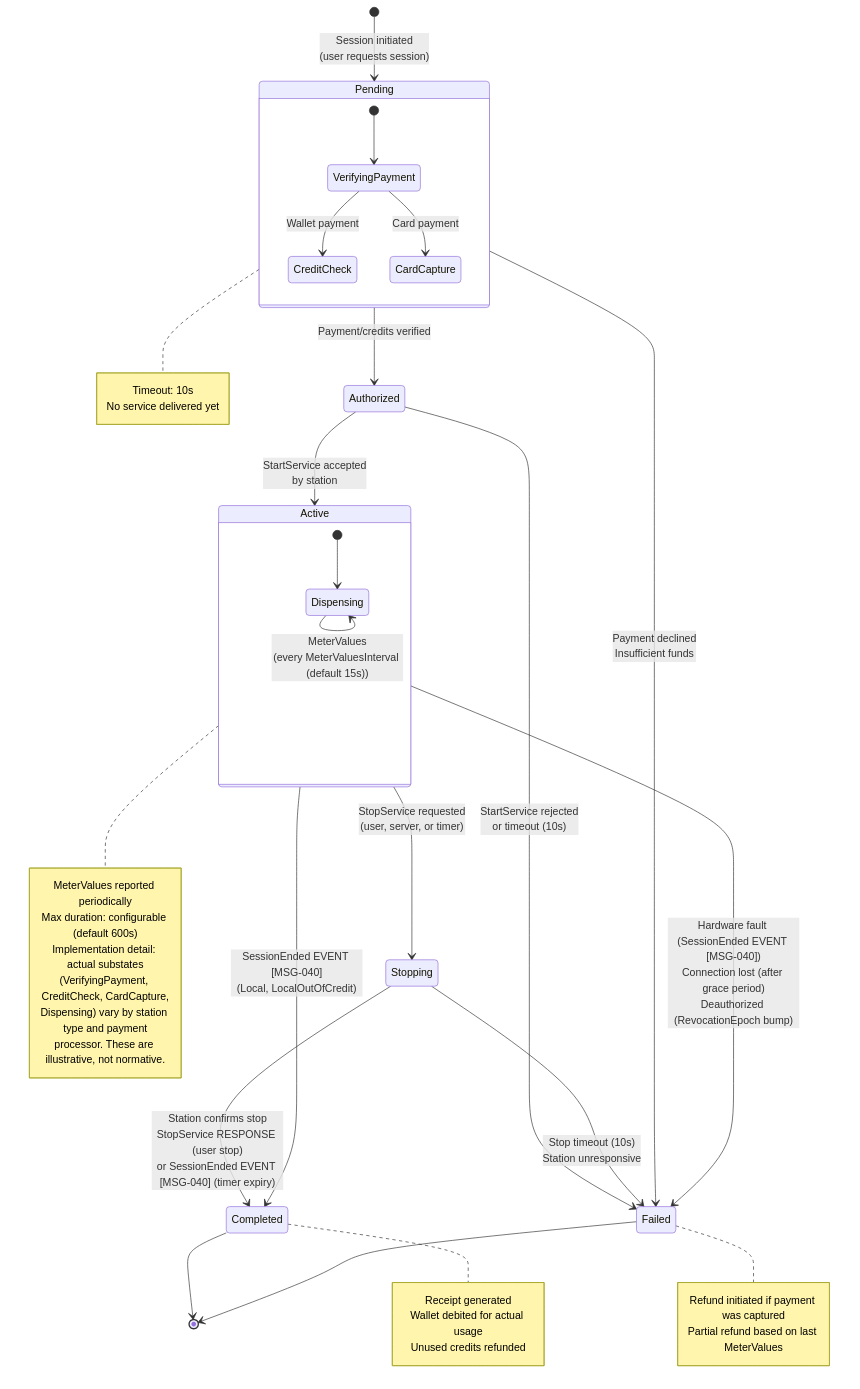
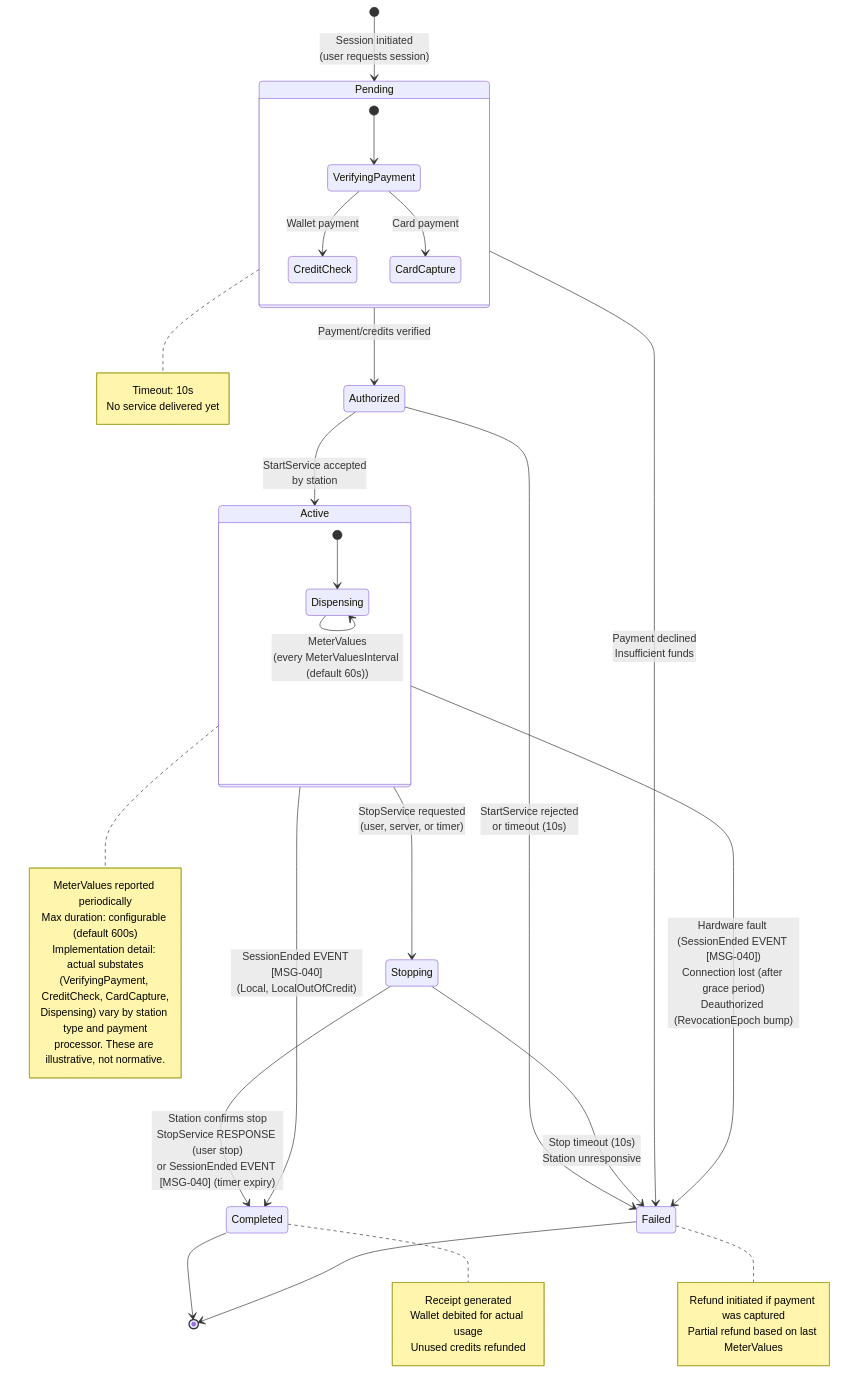
One commit to ospp-org/spec changed the diagram in diagrams/state-machine-session.mmd. Above: the diagram before and after it, drawn with Mermaid. The commit also changed 56 other files, not shown here.

```diff
--- a/diagrams/state-machine-session.mmd
+++ b/diagrams/state-machine-session.mmd
@@ -1,57 +1,57 @@
 %% OSPP Session Lifecycle State Machine
 %% Reference: spec/05-state-machines.md, Section 3
 
 stateDiagram-v2
     [*] --> Pending : Session initiated<br/>(user requests session)
 
     Pending --> Authorized : Payment/credits verified
     Pending --> Failed : Payment declined<br/>Insufficient funds
 
     Authorized --> Active : StartService accepted<br/>by station
     Authorized --> Failed : StartService rejected<br/>or timeout (10s)
 
     Active --> Stopping : StopService requested<br/>(user, server, or timer)
     Active --> Completed : SessionEnded EVENT [MSG-040]<br/>(Local, LocalOutOfCredit)
     Active --> Failed : Hardware fault (SessionEnded EVENT [MSG-040])<br/>Connection lost (after grace period)<br/>Deauthorized (RevocationEpoch bump)
 
     Stopping --> Completed : Station confirms stop<br/>StopService RESPONSE (user stop)<br/>or SessionEnded EVENT [MSG-040] (timer expiry)
     Stopping --> Failed : Stop timeout (10s)<br/>Station unresponsive
 
     Completed --> [*]
     Failed --> [*]
 
     state Pending {
         [*] --> VerifyingPayment
         VerifyingPayment --> CreditCheck : Wallet payment
         VerifyingPayment --> CardCapture : Card payment
     }
 
     state Active {
         [*] --> Dispensing
-        Dispensing --> Dispensing : MeterValues<br/>(every MeterValuesInterval (default 15s))
+        Dispensing --> Dispensing : MeterValues<br/>(every MeterValuesInterval (default 60s))
     }
 
     note right of Pending
         Timeout: 10s
         No service delivered yet
     end note
 
     note right of Active
         MeterValues reported periodically
         Max duration: configurable (default 600s)
         Implementation detail: actual substates
         (VerifyingPayment, CreditCheck, CardCapture,
         Dispensing) vary by station type and payment
         processor. These are illustrative, not normative.
     end note
 
     note right of Completed
         Receipt generated
         Wallet debited for actual usage
         Unused credits refunded
     end note
 
     note right of Failed
         Refund initiated if payment was captured
         Partial refund based on last MeterValues
     end note
```
